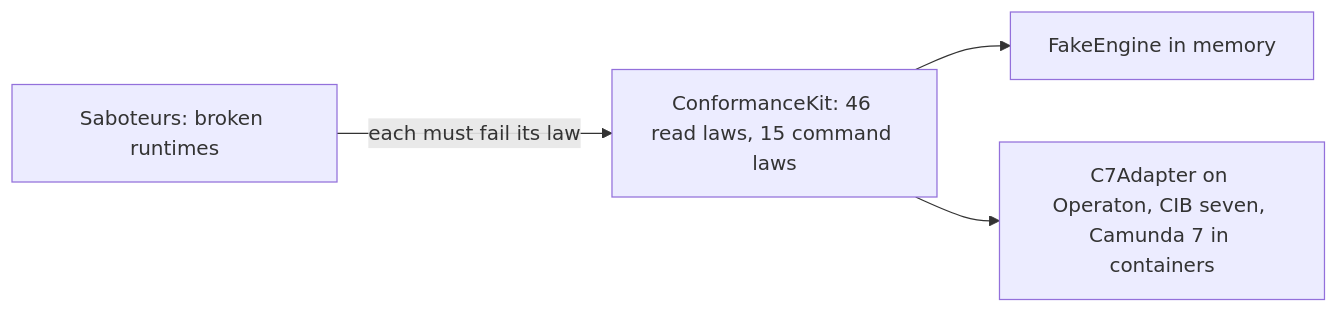
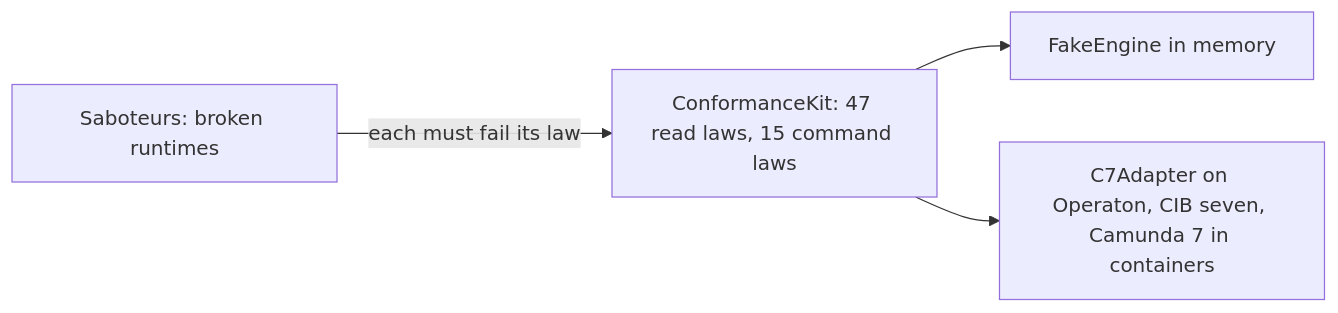
Before and after one commit to Miragon/pulse: the seventh of 7 diagrams in apps/vscode/docs/architecture-overview.md, drawn with Mermaid. The commit also changed other lines of this file and 59 other files, not shown here.

````diff
--- a/apps/vscode/docs/architecture-overview.md
+++ b/apps/vscode/docs/architecture-overview.md
@@ -218,7 +223,7 @@
 ```mermaid
 flowchart LR
-  kit[ConformanceKit: 46 read laws, 15 command laws]
+  kit[ConformanceKit: 47 read laws, 15 command laws]
   kit --> fake[FakeEngine in memory]
   kit --> c7[C7Adapter on Operaton, CIB seven, Camunda 7 in containers]
   saboteurs[Saboteurs: broken runtimes] -- each must fail its law --> kit
 ```
````
